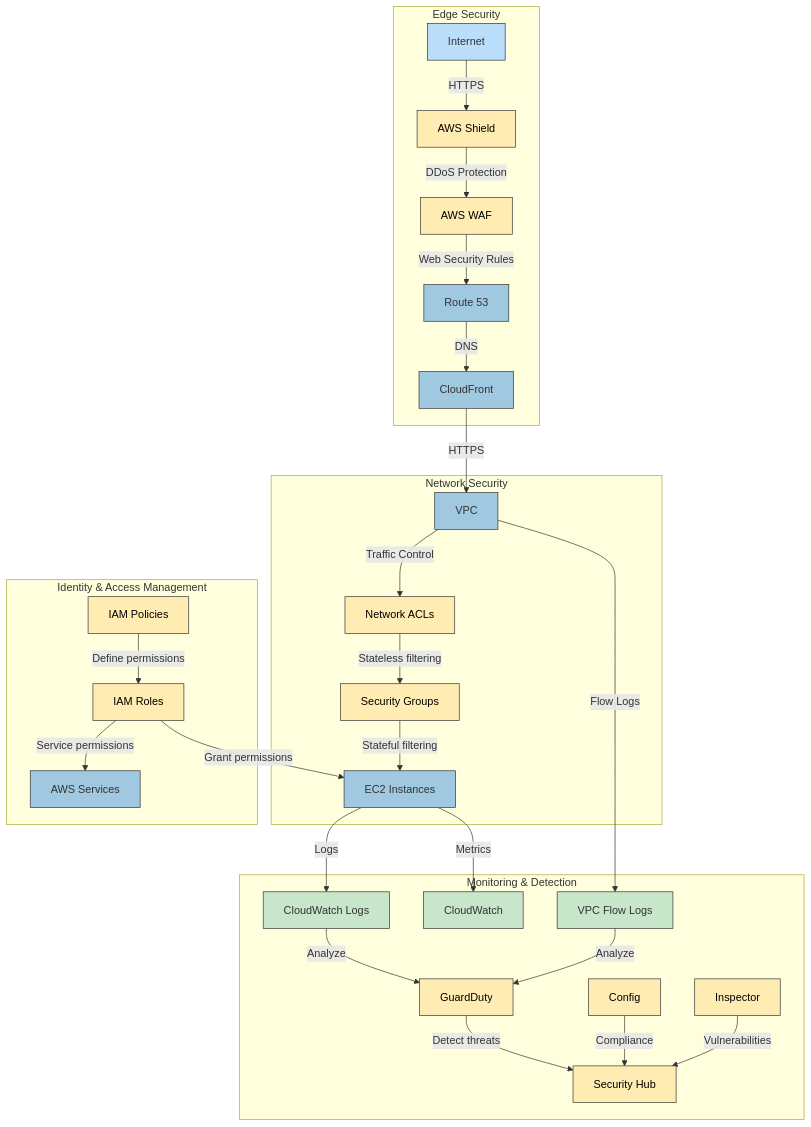
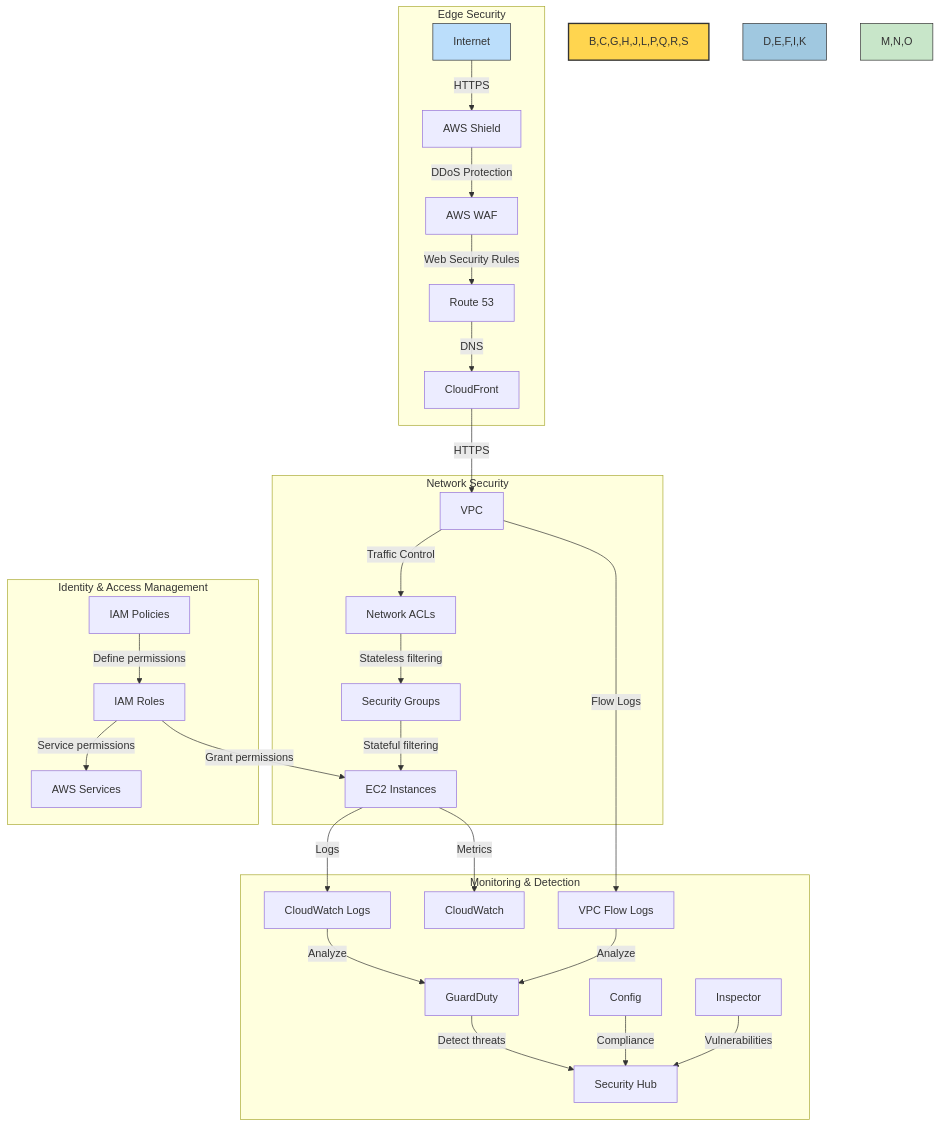
One commit to Hack23/cia changed the seventh of 12 diagrams in SECURITY_ARCHITECTURE.md. Above: the diagram before and after it, drawn with Mermaid. The commit also changed other lines of this file, not shown here.

````diff
--- a/SECURITY_ARCHITECTURE.md
+++ b/SECURITY_ARCHITECTURE.md
@@ -505,45 +686,40 @@
 ```mermaid
 graph TD
-    classDef internet fill:#bbdefb,stroke:#333,stroke-width:1px
-    classDef security fill:#ffecb3,stroke:#333,stroke-width:1px,color:black
-    classDef network fill:#a0c8e0,stroke:#333,stroke-width:1px
-    classDef monitoring fill:#c8e6c9,stroke:#333,stroke-width:1px
-    
     subgraph "Edge Security"
         A[Internet] -->|HTTPS| B[AWS Shield]
         B -->|DDoS Protection| C[AWS WAF]
         C -->|Web Security Rules| D[Route 53]
         D -->|DNS| E[CloudFront]
     end
     
     subgraph "Network Security"
         E -->|HTTPS| F[VPC]
         F -->|Traffic Control| G[Network ACLs]
         G -->|Stateless filtering| H[Security Groups]
         H -->|Stateful filtering| I[EC2 Instances]
     end
     
     subgraph "Identity & Access Management"
         J[IAM Roles] -->|Grant permissions| I
         J -->|Service permissions| K[AWS Services]
         L[IAM Policies] -->|Define permissions| J
     end
     
     subgraph "Monitoring & Detection"
         I -->|Logs| M[CloudWatch Logs]
         I -->|Metrics| N[CloudWatch]
         F -->|Flow Logs| O[VPC Flow Logs]
         
         M -->|Analyze| P[GuardDuty]
         O -->|Analyze| P
         
         P -->|Detect threats| Q[Security Hub]
         R[Config] -->|Compliance| Q
         S[Inspector] -->|Vulnerabilities| Q
     end
     
-    class A internet
-    class B,C,G,H,J,L,P,Q,R,S security
-    class D,E,F,I,K network
-    class M,N,O monitoring
+    style A fill:#bbdefb,stroke:#333,stroke-width:1px
+    style B,C,G,H,J,L,P,Q,R,S fill:#ffd54f,stroke:#333,stroke-width:2px
+    style D,E,F,I,K fill:#a0c8e0,stroke:#333,stroke-width:1px
+    style M,N,O fill:#c8e6c9,stroke:#333,stroke-width:1px
 ```
````
